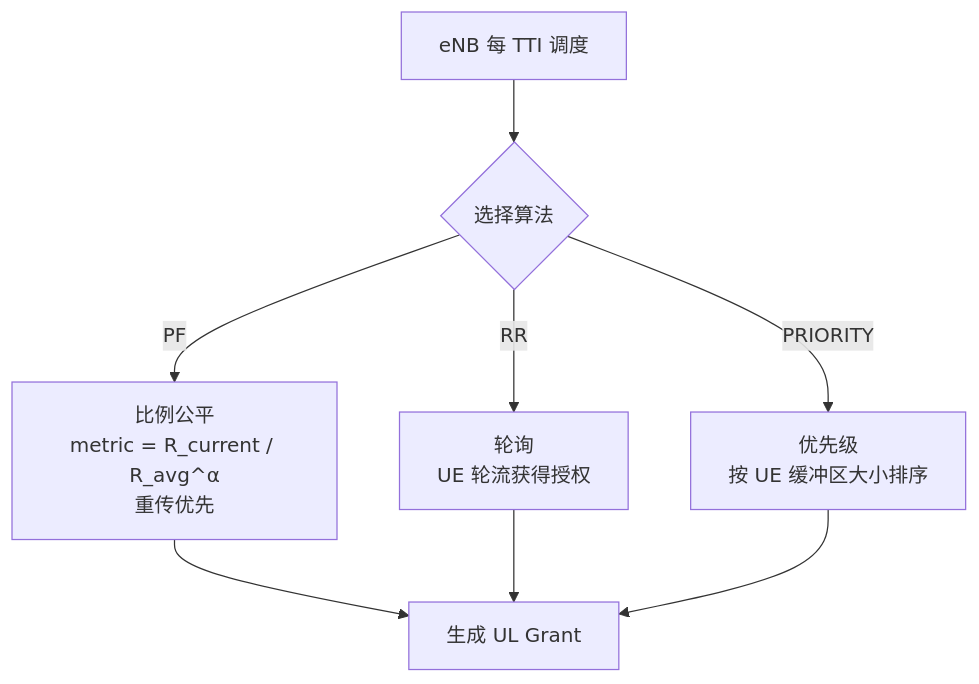
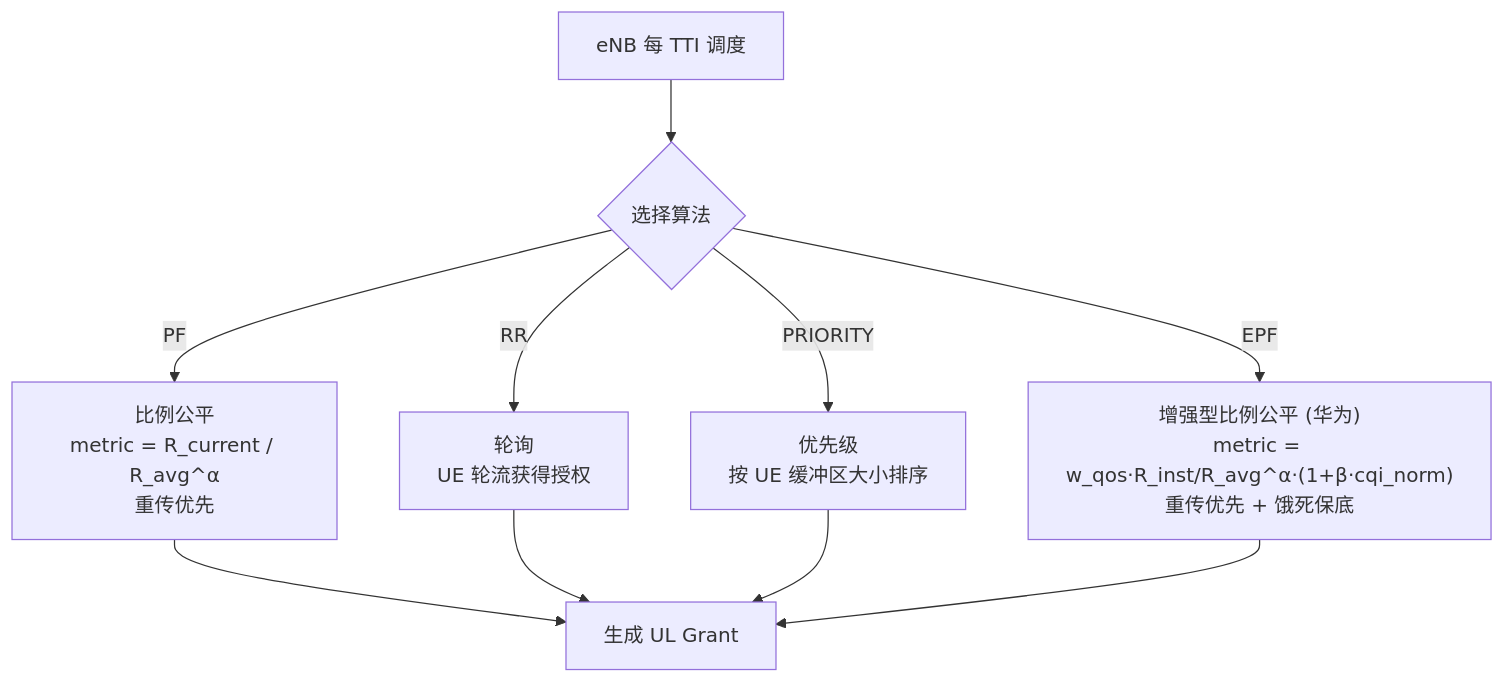
The sixth of 7 diagrams in PROTOCOL_NOTES.md (Lulu44LH/ul_mac), drawn with Mermaid before and after one commit. The commit also changed other lines of this file and 12 other files, not shown here.

````diff
--- a/PROTOCOL_NOTES.md
+++ b/PROTOCOL_NOTES.md
@@ -448,10 +448,12 @@
 ```mermaid
 flowchart TD
     A[eNB 每 TTI 调度] --> B{选择算法}
     B -->|PF| C["比例公平<br/>metric = R_current / R_avg^α<br/>重传优先"]
     B -->|RR| D[轮询<br/>UE 轮流获得授权]
     B -->|PRIORITY| E["优先级<br/>按 UE 缓冲区大小排序"]
+    B -->|EPF| G["增强型比例公平 (华为)<br/>metric = w_qos·R_inst/R_avg^α·(1+β·cqi_norm)<br/>重传优先 + 饿死保底"]
     C --> F[生成 UL Grant]
     D --> F
     E --> F
+    G --> F
 ```
````
